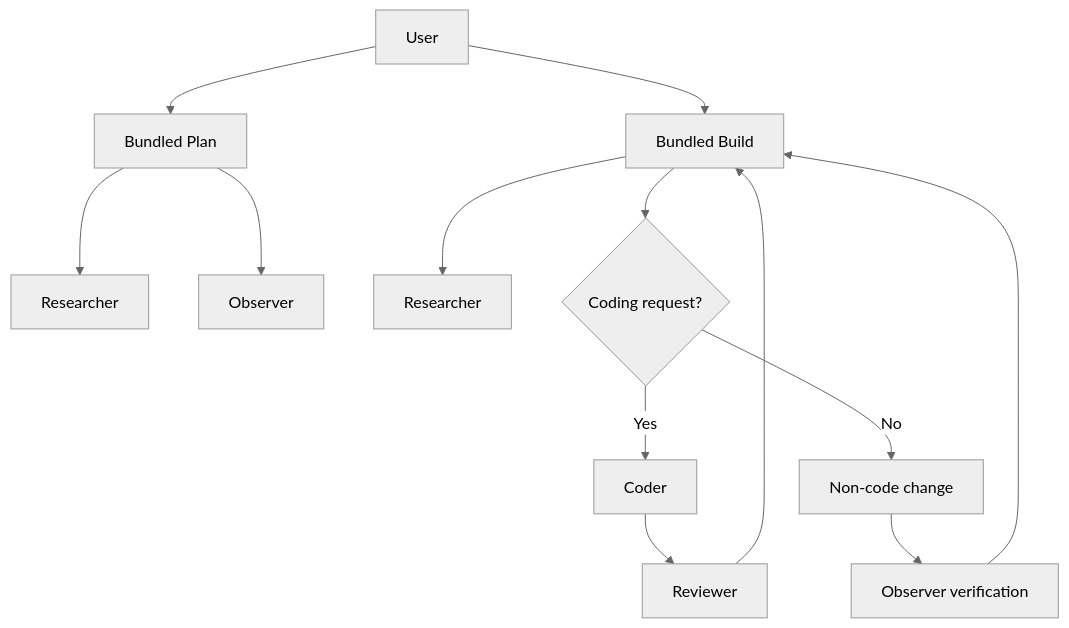
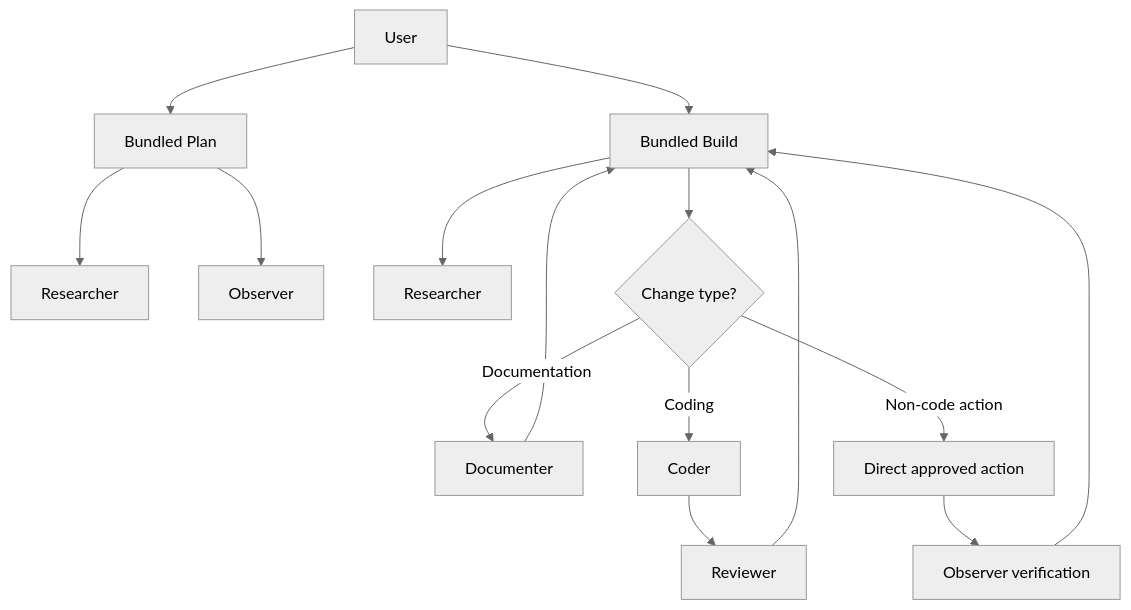
The diagram in README.md (initialgyw/opencode-dev-kit), drawn with Mermaid (neutral theme) before and after one commit. The commit also changed other lines of this file and 5 other files, not shown here.

````diff
--- a/README.md
+++ b/README.md
@@ -9,16 +9,18 @@
 ```mermaid
 flowchart TD
     U[User] --> P[Bundled Plan]
     P --> R[Researcher]
     P --> O[Observer]
 
     U --> B[Bundled Build]
     B --> BR[Researcher]
-    B --> Q{Coding request?}
-    Q -->|Yes| C[Coder]
+    B --> T{Change type?}
+    T -->|Documentation| D[Documenter]
+    D --> B
+    T -->|Coding| C[Coder]
     C --> V[Reviewer]
     V --> B
-    Q -->|No| N[Non-code change]
+    T -->|Non-code action| N[Direct approved action]
     N --> OV[Observer verification]
     OV --> B
 ```
````
